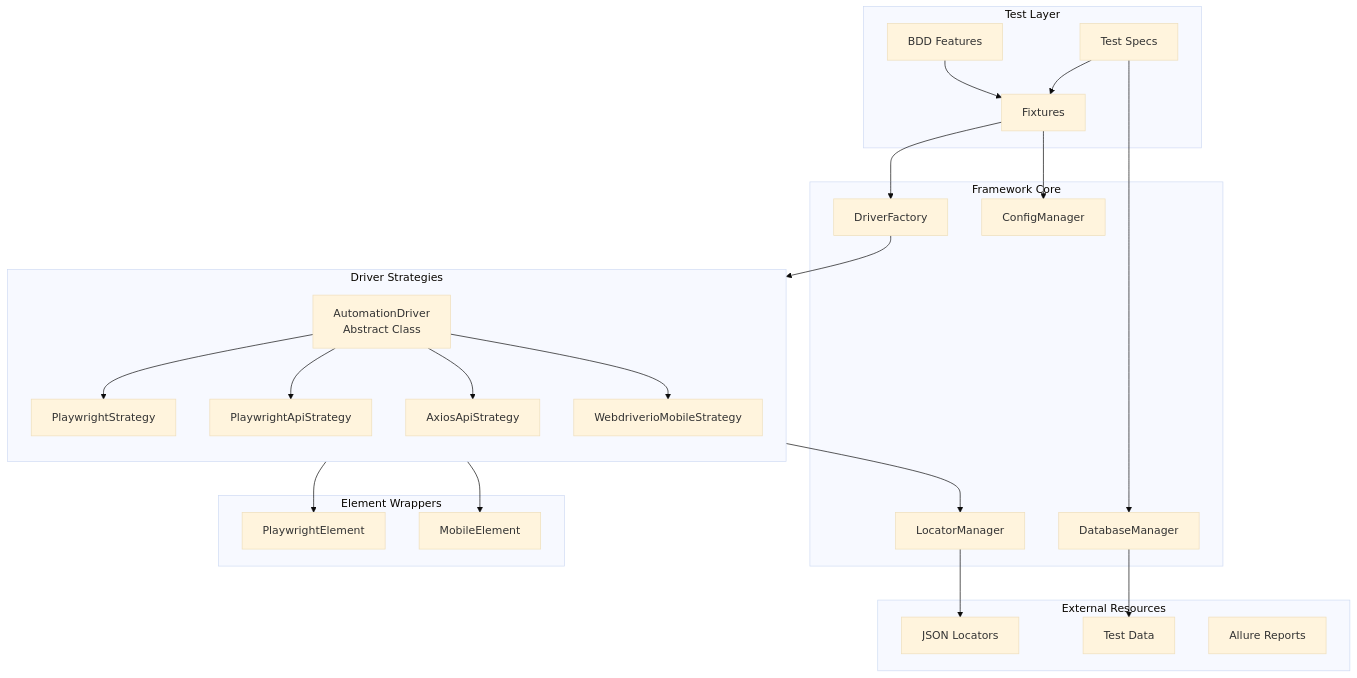
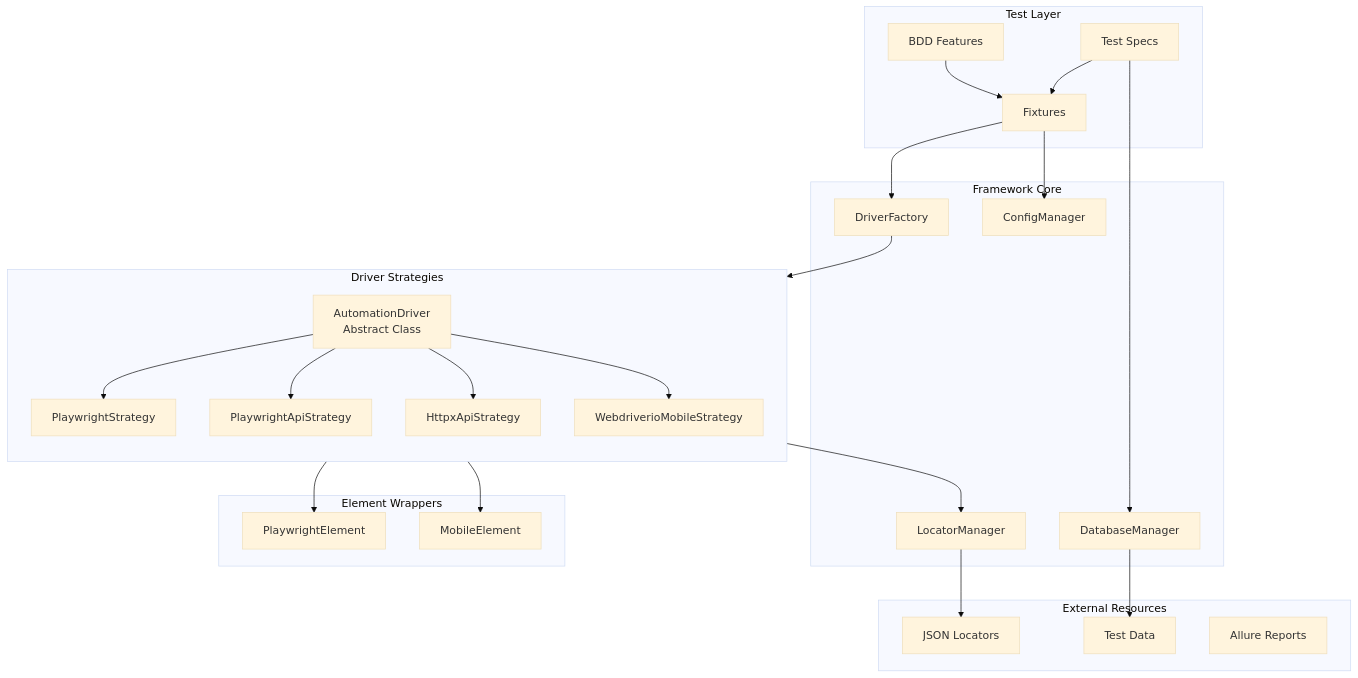
The first of 4 diagrams in docs/docs/architecture/overview.md (vinipx/TAFLEX-PY), drawn with Mermaid (base theme) before and after one commit. The commit also changed other lines of this file and 10 other files, not shown here.

````diff
--- a/docs/docs/architecture/overview.md
+++ b/docs/docs/architecture/overview.md
@@ -23,55 +23,55 @@
 ```mermaid
 flowchart TB
     subgraph "Test Layer"
         TC[Test Specs]
         BDD[BDD Features]
         FIX[Fixtures]
     end
 
     subgraph "Framework Core"
         DF[DriverFactory]
         LM[LocatorManager]
         CM[ConfigManager]
         DB[DatabaseManager]
     end
 
     subgraph "Driver Strategies"
         direction TB
         ADS[AutomationDriver<br/>Abstract Class]
         PDS[PlaywrightStrategy]
         APIS[PlaywrightApiStrategy]
-        AXS[AxiosApiStrategy]
+        HXP[HttpxApiStrategy]
         MDS[WebdriverioMobileStrategy]
     end
 
     subgraph "Element Wrappers"
         PE[PlaywrightElement]
         ME[MobileElement]
     end
 
     subgraph "External Resources"
         JSON[JSON Locators]
         DATA[Test Data]
         ALR[Allure Reports]
     end
 
     TC --> FIX
     BDD --> FIX
     FIX --> DF
     FIX --> CM
 
     DF --> ADS
     ADS --> PDS
     ADS --> APIS
-    ADS --> AXS
+    ADS --> HXP
     ADS --> MDS
 
     PDS --> PE
     MDS --> ME
 
     ADS --> LM
     LM --> JSON
 
     TC --> DB
     DB --> DATA
 ```
````
